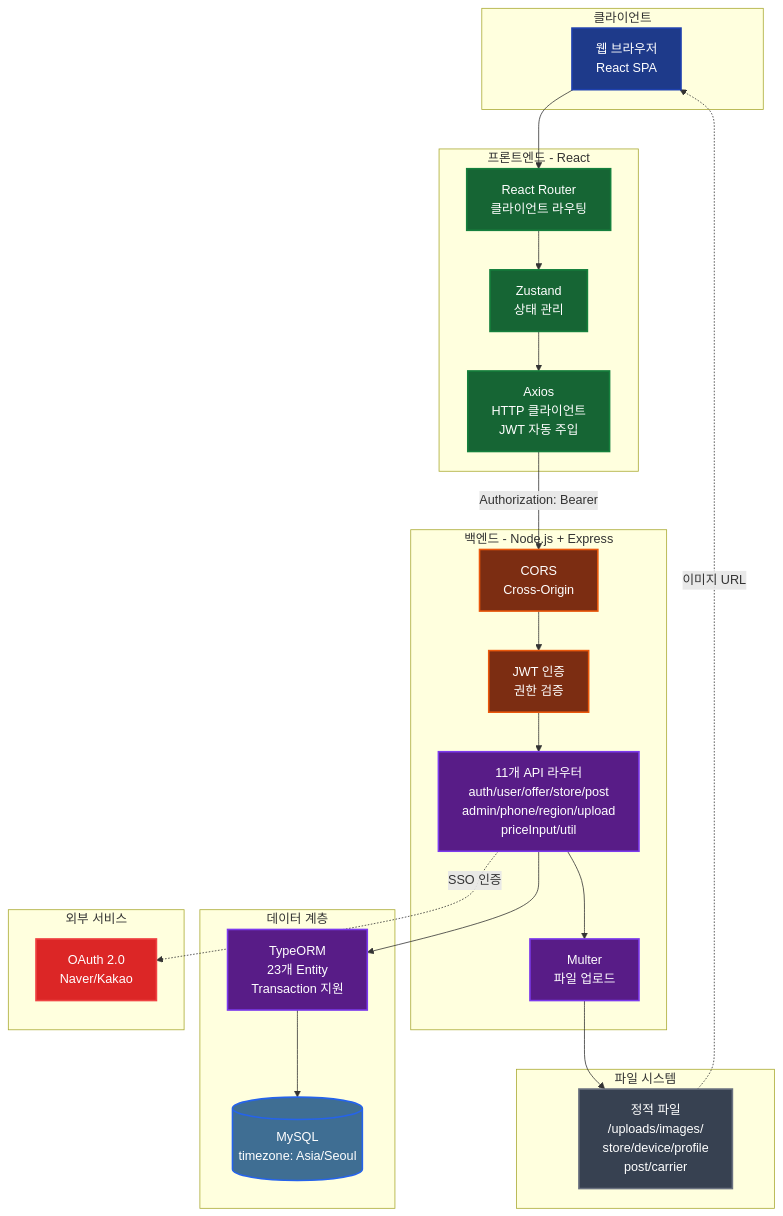
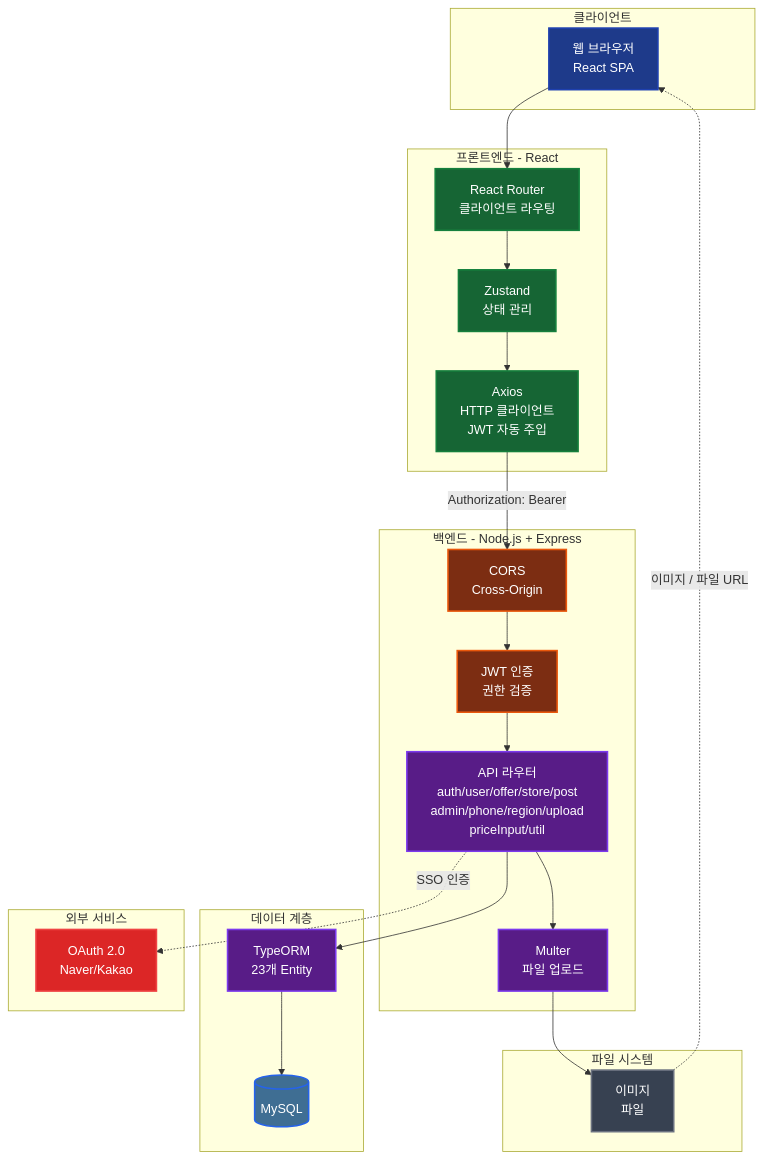
One commit to phone-link-org/phone-link changed the first of 2 diagrams in README.md. Above: the diagram before and after it, drawn with Mermaid. The commit also changed other lines of this file, not shown here.

````diff
--- a/README.md
+++ b/README.md
@@ -41,60 +59,60 @@
 ```mermaid
 graph TB
     subgraph "클라이언트"
         Browser[웹 브라우저<br/>React SPA]
     end
 
     subgraph "프론트엔드 - React"
         Router[React Router<br/>클라이언트 라우팅]
         Zustand[Zustand<br/>상태 관리]
         Axios[Axios<br/>HTTP 클라이언트<br/>JWT 자동 주입]
     end
 
     subgraph "백엔드 - Node.js + Express"
         CORS[CORS<br/>Cross-Origin]
         Auth[JWT 인증<br/>권한 검증]
-        Routes[11개 API 라우터<br/>auth/user/offer/store/post<br/>admin/phone/region/upload<br/>priceInput/util]
+        Routes[API 라우터<br/>auth/user/offer/store/post<br/>admin/phone/region/upload<br/>priceInput/util]
         Multer[Multer<br/>파일 업로드]
     end
 
     subgraph "데이터 계층"
-        ORM[TypeORM<br/>23개 Entity<br/>Transaction 지원]
-        MySQL[(MySQL<br/>timezone: Asia/Seoul)]
+        ORM[TypeORM<br/>23개 Entity]
+        MySQL[(MySQL)]
     end
 
     subgraph "파일 시스템"
-        Storage[정적 파일<br/>/uploads/images/<br/>store/device/profile<br/>post/carrier]
+        Storage[이미지<br/>파일]
     end
 
     subgraph "외부 서비스"
         OAuth[OAuth 2.0<br/>Naver/Kakao]
     end
 
     Browser --> Router
     Router --> Zustand
     Zustand --> Axios
 
     Axios -->|Authorization: Bearer| CORS
     CORS --> Auth
     Auth --> Routes
     Routes --> Multer
     Multer --> Storage
     Routes --> ORM
     ORM --> MySQL
 
     Routes -.->|SSO 인증| OAuth
-    Storage -.->|이미지 URL| Browser
+    Storage -.->|이미지 / 파일 URL| Browser
 
     style Browser fill:#1e3a8a,stroke:#1e40af,stroke-width:2px,color:#fff
     style Router fill:#166534,stroke:#15803d,stroke-width:2px,color:#fff
     style Zustand fill:#166534,stroke:#15803d,stroke-width:2px,color:#fff
     style Axios fill:#166534,stroke:#15803d,stroke-width:2px,color:#fff
     style CORS fill:#7c2d12,stroke:#ea580c,stroke-width:2px,color:#fff
     style Auth fill:#7c2d12,stroke:#ea580c,stroke-width:2px,color:#fff
     style Routes fill:#581c87,stroke:#7c3aed,stroke-width:2px,color:#fff
     style Multer fill:#581c87,stroke:#7c3aed,stroke-width:2px,color:#fff
     style ORM fill:#581c87,stroke:#7c3aed,stroke-width:2px,color:#fff
     style MySQL fill:#3F6E93,stroke:#2563eb,stroke-width:2px,color:#fff
     style Storage fill:#374151,stroke:#6b7280,stroke-width:2px,color:#fff
     style OAuth fill:#dc2626,stroke:#ef4444,stroke-width:2px,color:#fff
 ```
````
